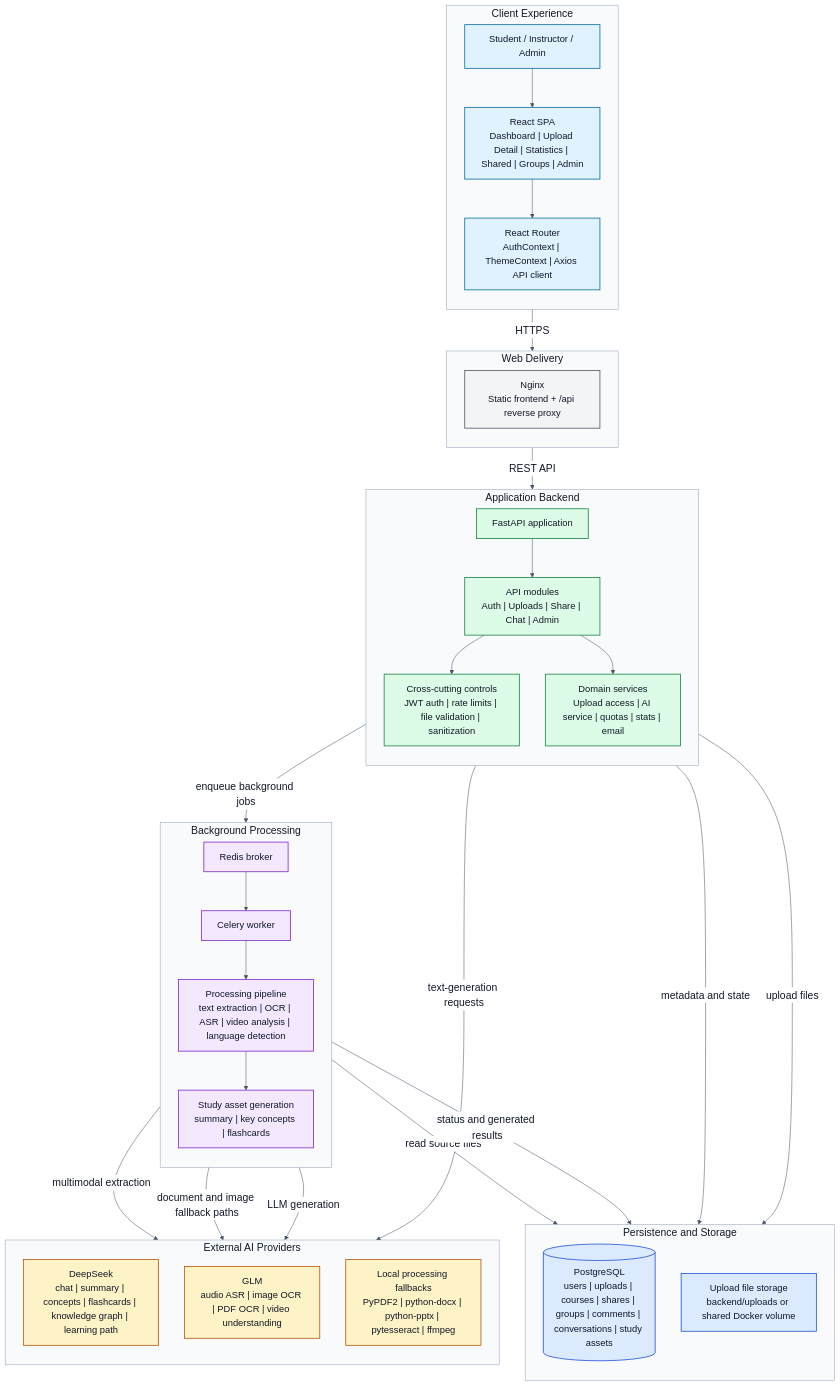
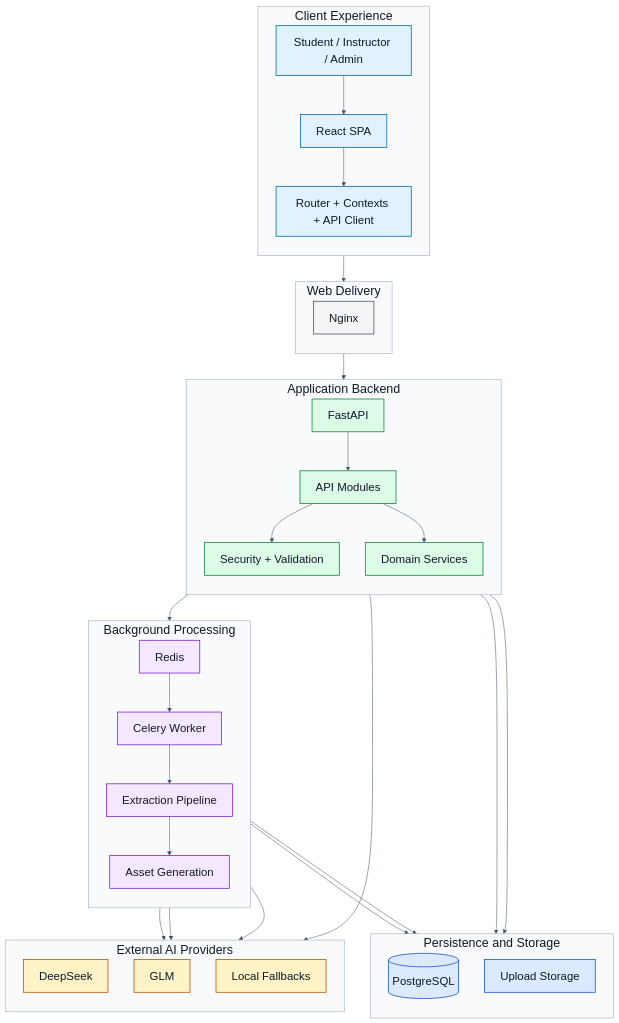
The first of 2 diagrams in README.md (cz2112/ai-), drawn with Mermaid before and after one commit. The commit also changed other lines of this file, not shown here.

````diff
--- a/README.md
+++ b/README.md
@@ -99,6 +99,6 @@
 ```mermaid
 %%{init: {'theme': 'base', 'themeVariables': {
-  'fontSize': '20px',
+  'fontSize': '24px',
   'fontFamily': 'Segoe UI, Arial, sans-serif',
   'textColor': '#111827',
   'primaryTextColor': '#111827',
@@ -111,22 +111,22 @@
     subgraph Client["Client Experience"]
         direction TB
         User["Student / Instructor / Admin"]
-        UI["React SPA<br/>Dashboard | Upload Detail | Statistics | Shared | Groups | Admin"]
-        ClientRuntime["React Router<br/>AuthContext | ThemeContext | Axios API client"]
+        UI["React SPA"]
+        ClientRuntime["Router + Contexts + API Client"]
         User --> UI --> ClientRuntime
     end
 
     subgraph Delivery["Web Delivery"]
         direction TB
-        Nginx["Nginx<br/>Static frontend + /api reverse proxy"]
+        Nginx["Nginx"]
     end
 
     subgraph Application["Application Backend"]
         direction TB
-        FastAPI["FastAPI application"]
-        APIs["API modules<br/>Auth | Uploads | Share | Chat | Admin"]
-        Controls["Cross-cutting controls<br/>JWT auth | rate limits | file validation | sanitization"]
-        Domain["Domain services<br/>Upload access | AI service | quotas | stats | email"]
+        FastAPI["FastAPI"]
+        APIs["API Modules"]
+        Controls["Security + Validation"]
+        Domain["Domain Services"]
         FastAPI --> APIs
         APIs --> Controls
         APIs --> Domain
@@ -134,44 +134,44 @@
 
     subgraph Async["Background Processing"]
         direction TB
-        Redis["Redis broker"]
-        Worker["Celery worker"]
-        Pipeline["Processing pipeline<br/>text extraction | OCR | ASR | video analysis | language detection"]
-        Assets["Study asset generation<br/>summary | key concepts | flashcards"]
+        Redis["Redis"]
+        Worker["Celery Worker"]
+        Pipeline["Extraction Pipeline"]
+        Assets["Asset Generation"]
         Redis --> Worker --> Pipeline --> Assets
     end
 
     subgraph Persistence["Persistence and Storage"]
         direction TB
-        DB[("PostgreSQL<br/>users | uploads | courses | shares | groups | comments | conversations | study assets")]
-        Files["Upload file storage<br/>backend/uploads or shared Docker volume"]
+        DB[("PostgreSQL")]
+        Files["Upload Storage"]
     end
 
     subgraph Providers["External AI Providers"]
         direction TB
-        DeepSeek["DeepSeek<br/>chat | summary | concepts | flashcards | knowledge graph | learning path"]
-        GLM["GLM<br/>audio ASR | image OCR | PDF OCR | video understanding"]
-        Fallbacks["Local processing fallbacks<br/>PyPDF2 | python-docx | python-pptx | pytesseract | ffmpeg"]
+        DeepSeek["DeepSeek"]
+        GLM["GLM"]
+        Fallbacks["Local Fallbacks"]
     end
 
-    UI -->|HTTPS| Nginx
-    Nginx -->|REST API| FastAPI
-    FastAPI -->|metadata and state| DB
-    FastAPI -->|upload files| Files
-    FastAPI -->|enqueue background jobs| Redis
-    Domain -->|text-generation requests| DeepSeek
-    Worker -->|read source files| Files
-    Worker -->|status and generated results| DB
-    Pipeline -->|multimodal extraction| GLM
-    Pipeline -->|document and image fallback paths| Fallbacks
-    Assets -->|LLM generation| DeepSeek
+    UI --> Nginx
+    Nginx --> FastAPI
+    FastAPI --> DB
+    FastAPI --> Files
+    FastAPI --> Redis
+    Domain --> DeepSeek
+    Worker --> Files
+    Worker --> DB
+    Pipeline --> GLM
+    Pipeline --> Fallbacks
+    Assets --> DeepSeek
 
-    classDef client fill:#e0f2fe,stroke:#0369a1,stroke-width:1.5px,color:#111827,font-size:18px;
-    classDef edge fill:#f3f4f6,stroke:#4b5563,stroke-width:1.5px,color:#111827,font-size:18px;
-    classDef backend fill:#dcfce7,stroke:#15803d,stroke-width:1.5px,color:#111827,font-size:18px;
-    classDef async fill:#f3e8ff,stroke:#7e22ce,stroke-width:1.5px,color:#111827,font-size:18px;
-    classDef data fill:#dbeafe,stroke:#1d4ed8,stroke-width:1.5px,color:#111827,font-size:18px;
-    classDef ai fill:#fef3c7,stroke:#b45309,stroke-width:1.5px,color:#111827,font-size:18px;
+    classDef client fill:#e0f2fe,stroke:#0369a1,stroke-width:1.5px,color:#111827,font-size:22px;
+    classDef edge fill:#f3f4f6,stroke:#4b5563,stroke-width:1.5px,color:#111827,font-size:22px;
+    classDef backend fill:#dcfce7,stroke:#15803d,stroke-width:1.5px,color:#111827,font-size:22px;
+    classDef async fill:#f3e8ff,stroke:#7e22ce,stroke-width:1.5px,color:#111827,font-size:22px;
+    classDef data fill:#dbeafe,stroke:#1d4ed8,stroke-width:1.5px,color:#111827,font-size:22px;
+    classDef ai fill:#fef3c7,stroke:#b45309,stroke-width:1.5px,color:#111827,font-size:22px;
 
     class User,UI,ClientRuntime client;
     class Nginx edge;
````
